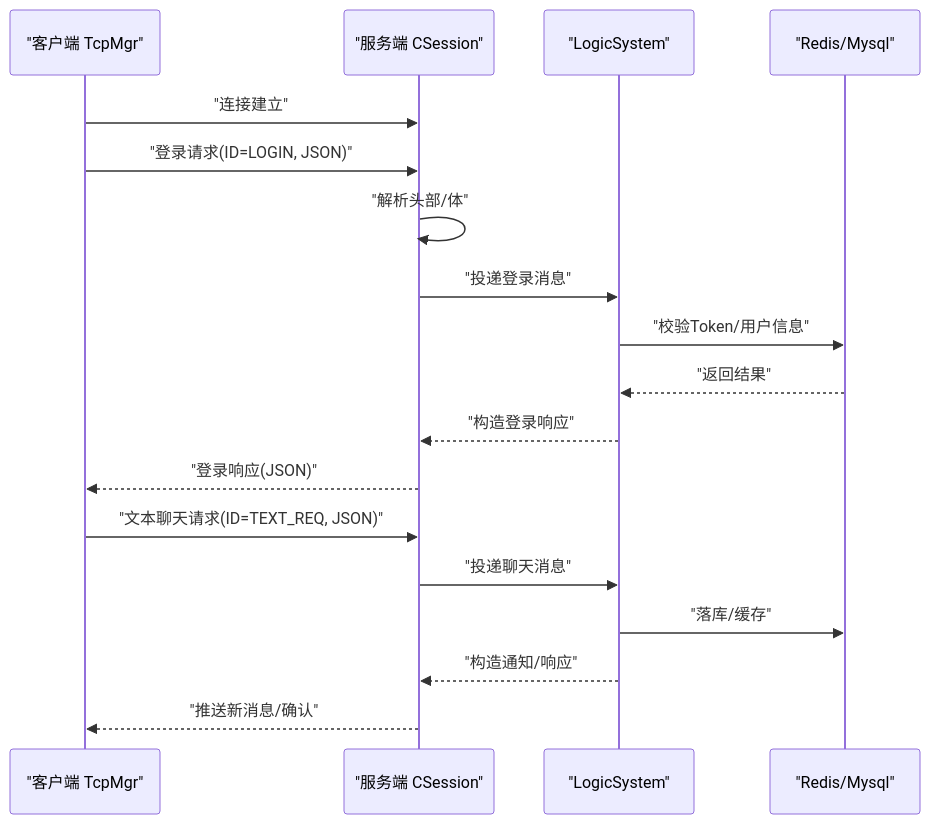
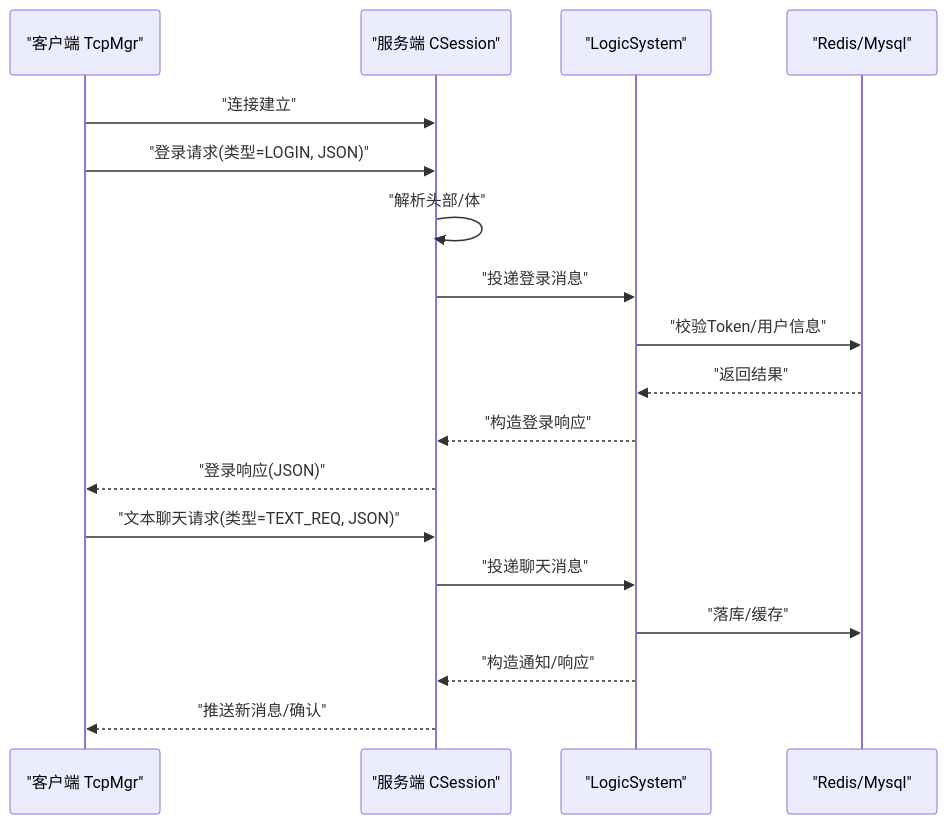
The second of 6 diagrams in .qoder/repowiki/zh/content/核心功能模块/聊天消息系统/实时消息同步.md (echo9923/mychatter), drawn with Mermaid before and after one commit. The commit also changed other lines of this file and 128 other files, not shown here.

````diff
--- a/.qoder/repowiki/zh/content/核心功能模块/聊天消息系统/实时消息同步.md
+++ b/.qoder/repowiki/zh/content/核心功能模块/聊天消息系统/实时消息同步.md
@@ -94,20 +94,20 @@
 ```mermaid
 sequenceDiagram
 participant Client as "客户端 TcpMgr"
 participant Server as "服务端 CSession"
 participant Logic as "LogicSystem"
 participant DB as "Redis/Mysql"
 Client->>Server : "连接建立"
-Client->>Server : "登录请求(ID=LOGIN, JSON)"
+Client->>Server : "登录请求(类型=LOGIN, JSON)"
 Server->>Server : "解析头部/体"
 Server->>Logic : "投递登录消息"
 Logic->>DB : "校验Token/用户信息"
 DB-->>Logic : "返回结果"
 Logic-->>Server : "构造登录响应"
 Server-->>Client : "登录响应(JSON)"
-Client->>Server : "文本聊天请求(ID=TEXT_REQ, JSON)"
+Client->>Server : "文本聊天请求(类型=TEXT_REQ, JSON)"
 Server->>Logic : "投递聊天消息"
 Logic->>DB : "落库/缓存"
 Logic-->>Server : "构造通知/响应"
 Server-->>Client : "推送新消息/确认"
 ```
````
